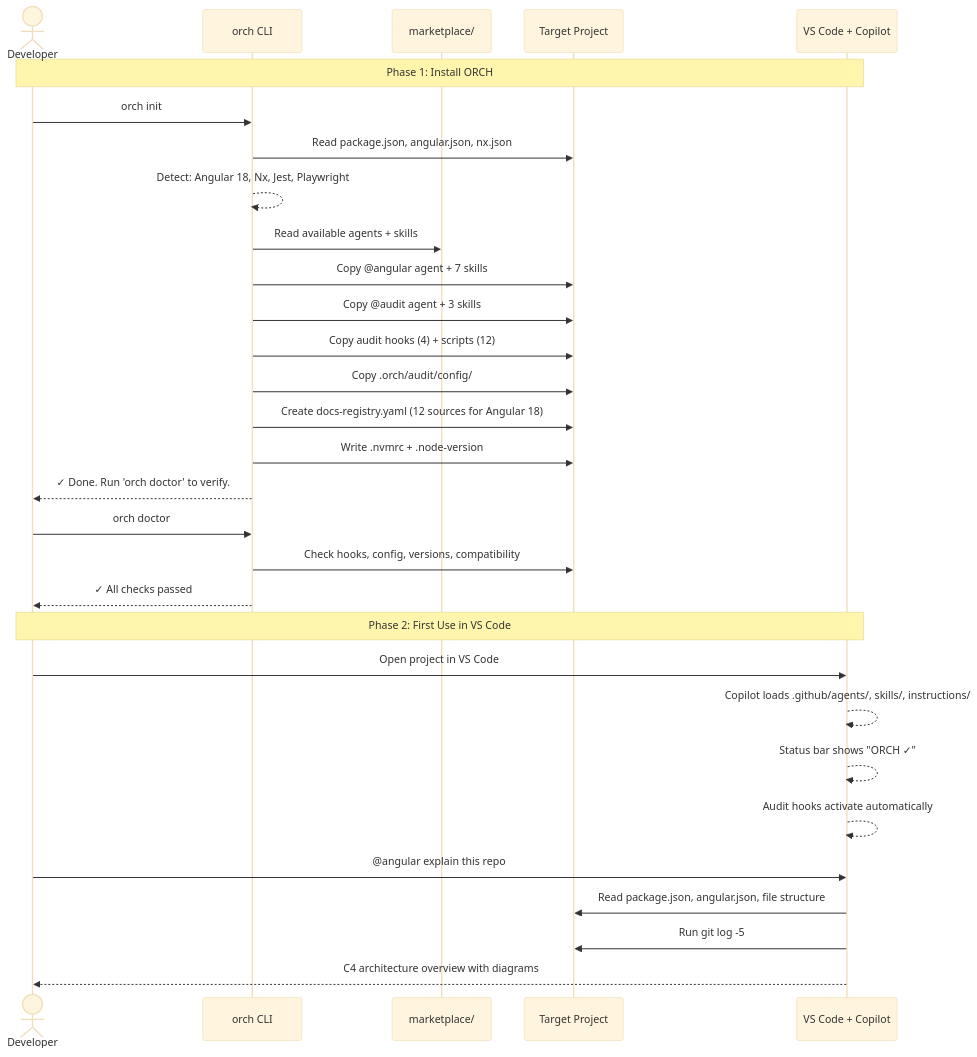
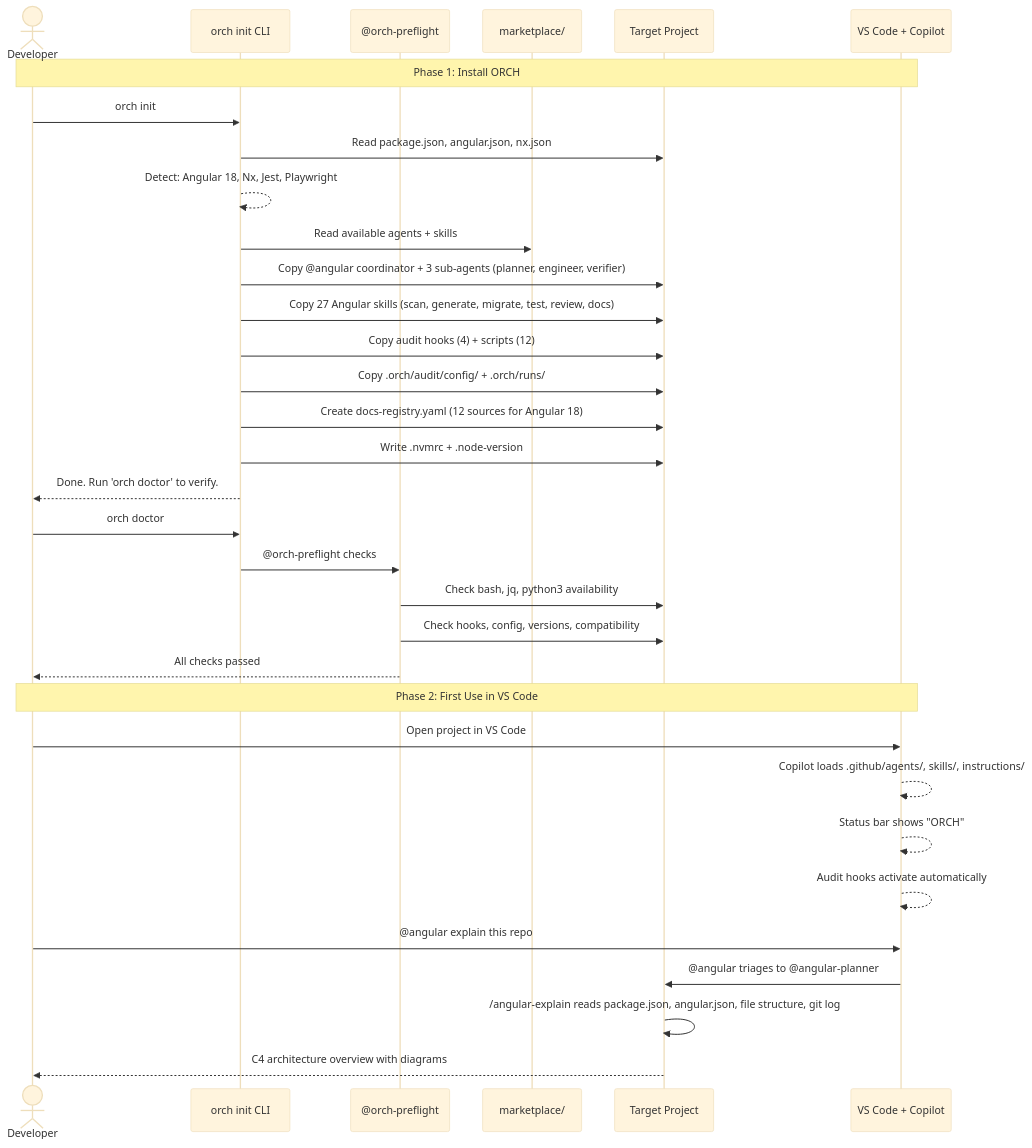
The first of 6 diagrams in docs/prd.md (oneinthebox/vscode-ghcp-agents), drawn with Mermaid (base theme) before and after one commit. The commit also changed other lines of this file and 11 other files, not shown here.

````diff
--- a/docs/prd.md
+++ b/docs/prd.md
@@ -418,38 +458,41 @@
 ```mermaid
 sequenceDiagram
     actor Dev as Developer
-    participant CLI as orch CLI
+    participant CLI as orch init CLI
+    participant PF as @orch-preflight
     participant MP as marketplace/
     participant Proj as Target Project
     participant VS as VS Code + Copilot
 
     Note over Dev,VS: Phase 1: Install ORCH
 
     Dev->>CLI: orch init
     CLI->>Proj: Read package.json, angular.json, nx.json
     CLI-->>CLI: Detect: Angular 18, Nx, Jest, Playwright
     CLI->>MP: Read available agents + skills
-    CLI->>Proj: Copy @angular agent + 7 skills
-    CLI->>Proj: Copy @audit agent + 3 skills
+    CLI->>Proj: Copy @angular coordinator + 3 sub-agents (planner, engineer, verifier)
+    CLI->>Proj: Copy 27 Angular skills (scan, generate, migrate, test, review, docs)
     CLI->>Proj: Copy audit hooks (4) + scripts (12)
-    CLI->>Proj: Copy .orch/audit/config/
+    CLI->>Proj: Copy .orch/audit/config/ + .orch/runs/
     CLI->>Proj: Create docs-registry.yaml (12 sources for Angular 18)
     CLI->>Proj: Write .nvmrc + .node-version
-    CLI-->>Dev: ✓ Done. Run 'orch doctor' to verify.
+    CLI-->>Dev: Done. Run 'orch doctor' to verify.
 
     Dev->>CLI: orch doctor
-    CLI->>Proj: Check hooks, config, versions, compatibility
-    CLI-->>Dev: ✓ All checks passed
+    CLI->>PF: @orch-preflight checks
+    PF->>Proj: Check bash, jq, python3 availability
+    PF->>Proj: Check hooks, config, versions, compatibility
+    PF-->>Dev: All checks passed
 
     Note over Dev,VS: Phase 2: First Use in VS Code
 
     Dev->>VS: Open project in VS Code
     VS-->>VS: Copilot loads .github/agents/, skills/, instructions/
-    VS-->>VS: Status bar shows "ORCH ✓"
+    VS-->>VS: Status bar shows "ORCH"
     VS-->>VS: Audit hooks activate automatically
 
     Dev->>VS: @angular explain this repo
-    VS->>Proj: Read package.json, angular.json, file structure
-    VS->>Proj: Run git log -5
-    VS-->>Dev: C4 architecture overview with diagrams
+    VS->>Proj: @angular triages to @angular-planner
+    Proj->>Proj: /angular-explain reads package.json, angular.json, file structure, git log
+    Proj-->>Dev: C4 architecture overview with diagrams
 ```
````
